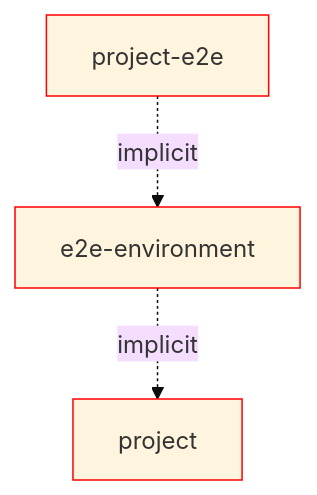
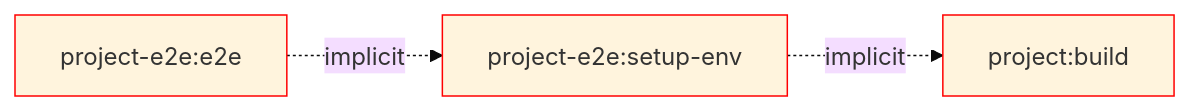
One commit to push-based/nx-verdaccio changed the fourth of 6 diagrams in README.md. Above: the diagram before and after it, drawn with Mermaid (base theme). The commit also changed other lines of this file, not shown here.

Commit message:
docs(build-env): adopt task graph diagrams

````diff
--- a/README.md
+++ b/README.md
@@ -114,9 +113,8 @@
 ```mermaid
-flowchart TB
-project-e2e:::project-e2e-.implicit.->e2e-environment:::e2e-environment;
-e2e-environment-.implicit.->project:::project;
-
-classDef project-e2e stroke:#f00
-classDef e2e-environment stroke:#f00
-classDef project stroke:#f00
+flowchart LR
+P[project-e2e:e2e]:::e2e-.implicit.->S[project-e2e:setup-env]:::build;
+S-.implicit.->E[project:build]:::build;
+classDef e2e stroke:#f00
+classDef setup-env stroke:#f00
+classDef build stroke:#f00
 ```
````
